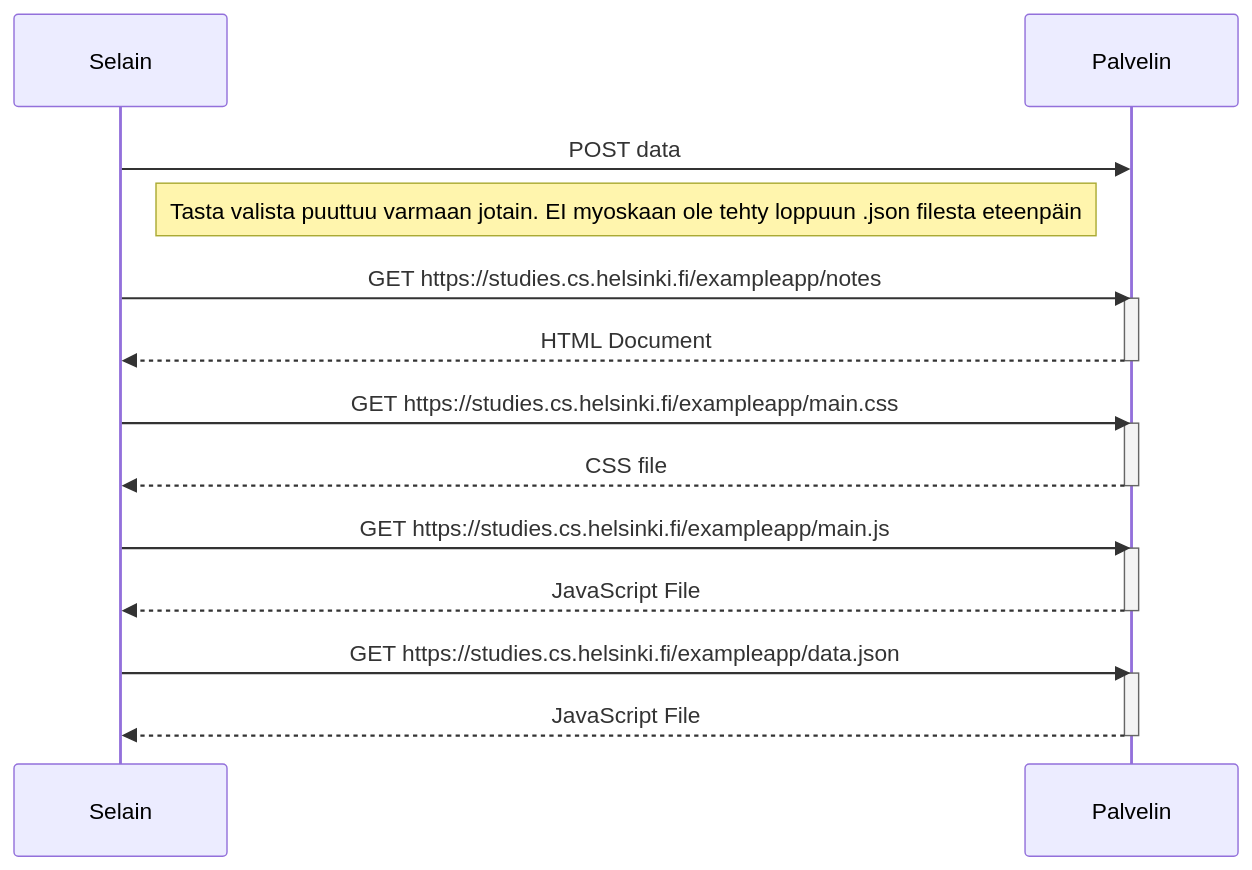
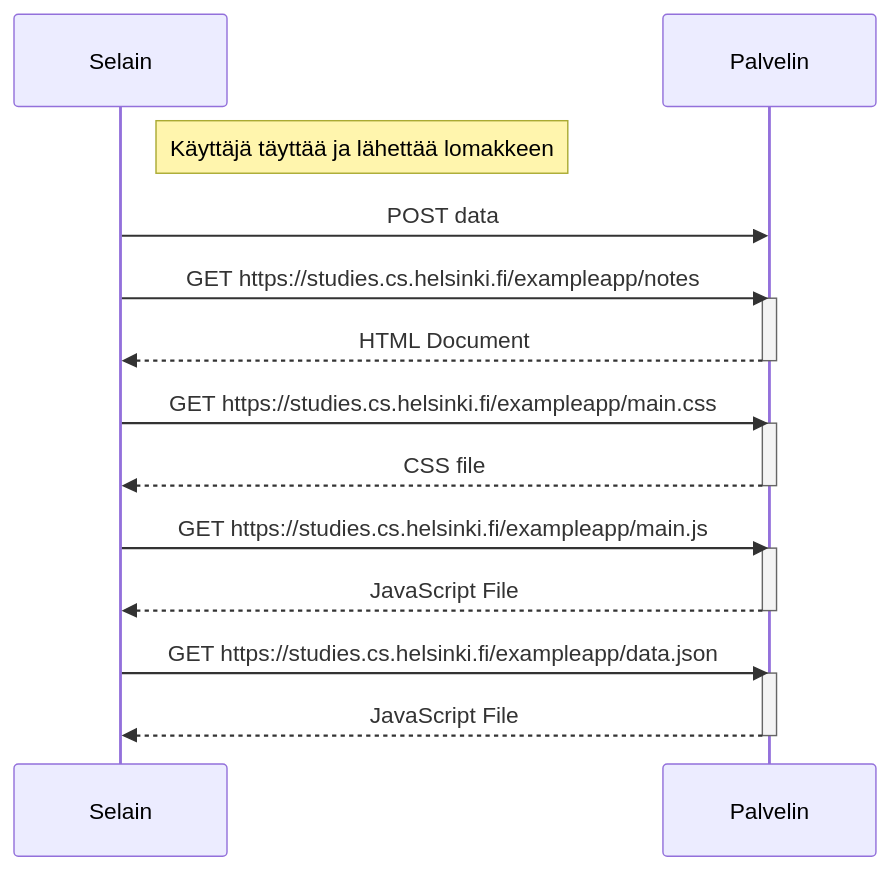
Before and after one commit to TeekkariTeemu/fullstack: the diagram in Osa0/04.md, drawn with Mermaid.

Commit message:
Käyttäjän kommentti

````diff
--- a/Osa0/04.md
+++ b/Osa0/04.md
@@ -1,23 +1,23 @@
 ```mermaid
 sequenceDiagram
     participant Selain
     participant Palvelin
+    Note right of Selain: Käyttäjä täyttää ja lähettää lomakkeen 
     Selain->>Palvelin: POST data
-    Note right of Selain: Tasta valista puuttuu varmaan jotain. EI myoskaan ole tehty loppuun .json filesta eteenpäin 
     Selain->>Palvelin: GET https://studies.cs.helsinki.fi/exampleapp/notes
     activate Palvelin
     Palvelin-->>Selain: HTML Document
     deactivate Palvelin
     Selain->>Palvelin: GET https://studies.cs.helsinki.fi/exampleapp/main.css
     activate Palvelin
     Palvelin-->>Selain: CSS file
     deactivate Palvelin
     Selain->>Palvelin: GET https://studies.cs.helsinki.fi/exampleapp/main.js
     activate Palvelin
     Palvelin-->>Selain: JavaScript File
     deactivate Palvelin
     Selain->>Palvelin: GET https://studies.cs.helsinki.fi/exampleapp/data.json
     activate Palvelin
     Palvelin-->>Selain: JavaScript File
     deactivate Palvelin
 ```
````
